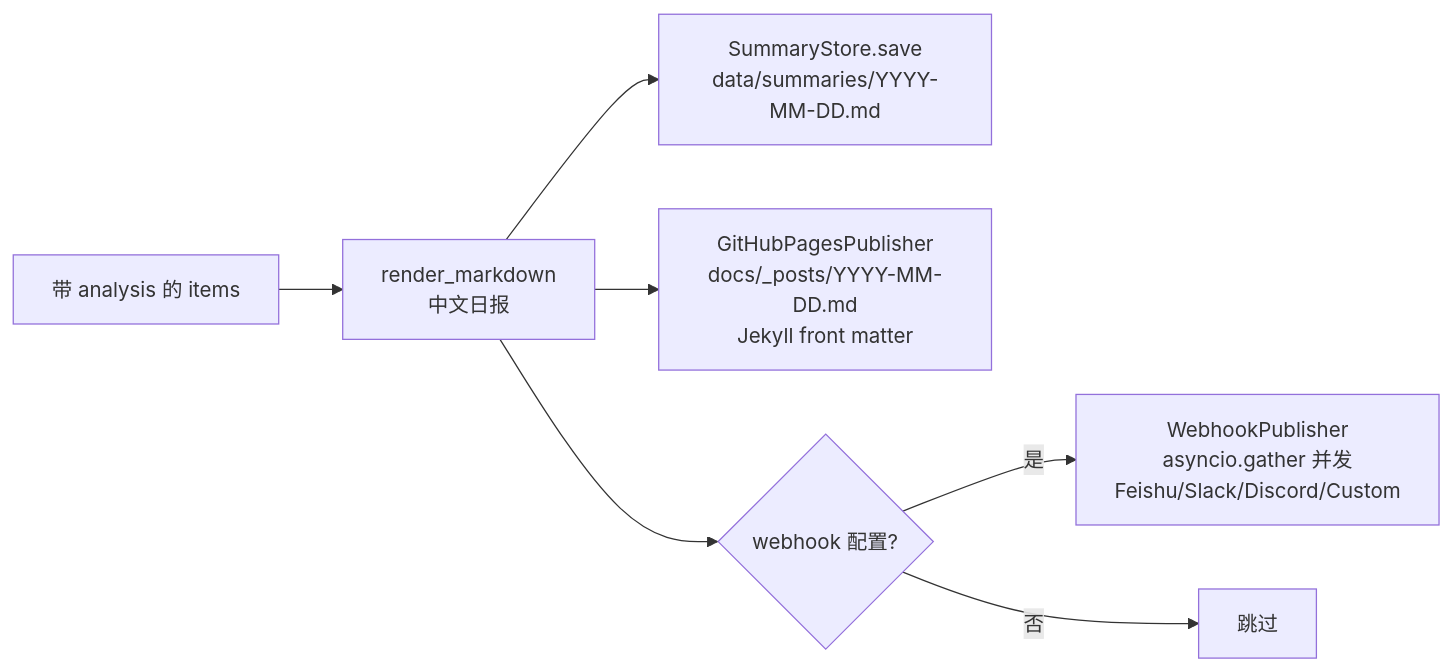
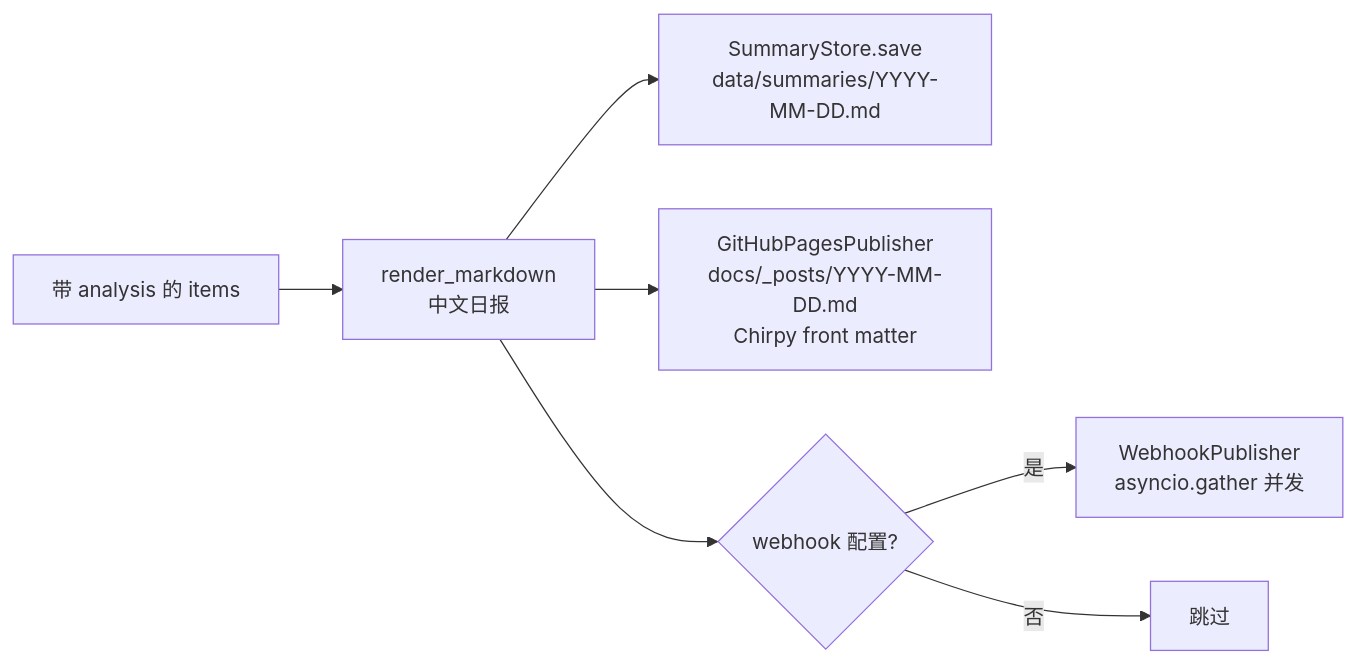
The fourth of 6 diagrams in docs/FLOW/README.md (int2t05/rss-reader), drawn with Mermaid before and after one commit. The commit also changed other lines of this file and 8 other files, not shown here.

First line of the commit message:
docs: 文档全量重构 — 只保留 prd/tech/todo/api/flow 五类,删无关文件

````diff
--- a/docs/FLOW/README.md
+++ b/docs/FLOW/README.md
@@ -63,9 +64,9 @@
 ```mermaid
 flowchart LR
     ITEMS[带 analysis 的 items] --> MD[render_markdown<br/>中文日报]
     MD --> SUM[SummaryStore.save<br/>data/summaries/YYYY-MM-DD.md]
-    MD --> PAGES[GitHubPagesPublisher<br/>docs/_posts/YYYY-MM-DD.md<br/>Jekyll front matter]
+    MD --> PAGES[GitHubPagesPublisher<br/>docs/_posts/YYYY-MM-DD.md<br/>Chirpy front matter]
     MD --> HOOK{webhook 配置?}
-    HOOK -->|是| WH[WebhookPublisher<br/>asyncio.gather 并发<br/>Feishu/Slack/Discord/Custom]
+    HOOK -->|是| WH[WebhookPublisher<br/>asyncio.gather 并发]
     HOOK -->|否| SKIP[跳过]
 ```
````
